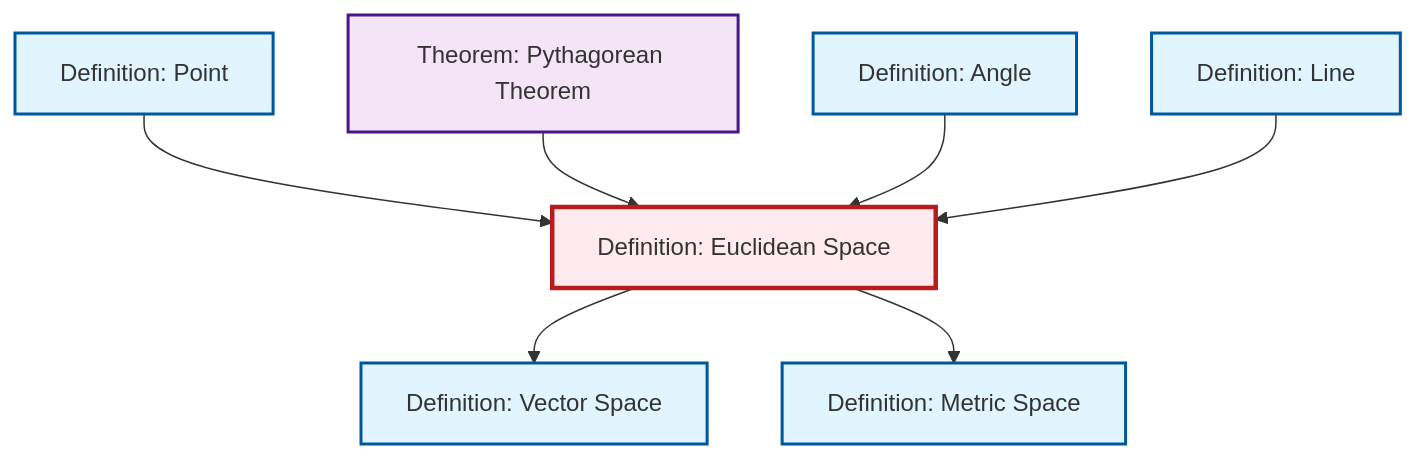
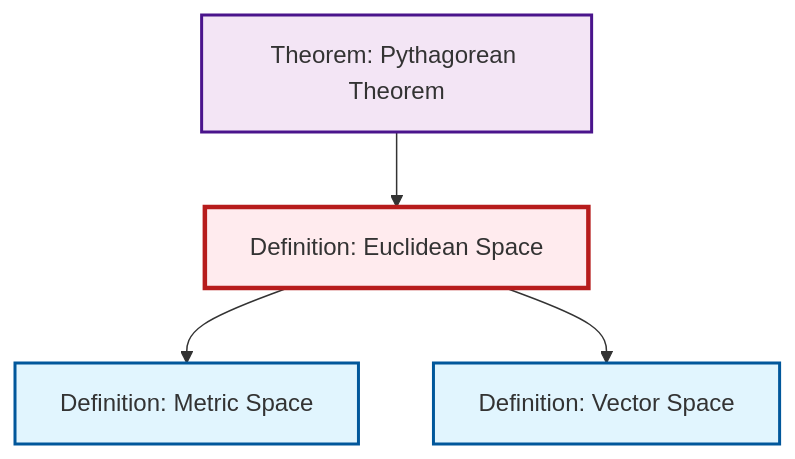
One commit to RK0429/ModernMath changed the second of 2 diagrams in content/en/geometry/def-euclidean-space.qmd. Above: the diagram before and after it, drawn with Mermaid. The commit also changed 511 other files, not shown here.

````diff
--- a/content/en/geometry/def-euclidean-space.qmd
+++ b/content/en/geometry/def-euclidean-space.qmd
@@ -67,30 +67,17 @@
 ```{mermaid}
 %%| fig-cap: "Local dependency graph"
 graph TD
     classDef definition fill:#e1f5fe,stroke:#01579b,stroke-width:2px
     classDef theorem fill:#f3e5f5,stroke:#4a148c,stroke-width:2px
     classDef axiom fill:#fff3e0,stroke:#e65100,stroke-width:2px
     classDef example fill:#e8f5e9,stroke:#1b5e20,stroke-width:2px
     classDef current fill:#ffebee,stroke:#b71c1c,stroke-width:3px
-    def-angle["Definition: Angle"]:::definition
     thm-pythagorean["Theorem: Pythagorean Theorem"]:::theorem
-    def-metric-space["Definition: Metric Space"]:::definition
     def-vector-space["Definition: Vector Space"]:::definition
     def-euclidean-space["Definition: Euclidean Space"]:::definition
-    def-point["Definition: Point"]:::definition
-    def-line["Definition: Line"]:::definition
+    def-metric-space["Definition: Metric Space"]:::definition
+    thm-pythagorean --> def-euclidean-space
+    def-euclidean-space --> def-metric-space
     def-euclidean-space --> def-vector-space
-    def-point --> def-euclidean-space
-    thm-pythagorean --> def-euclidean-space
-    def-angle --> def-euclidean-space
-    def-line --> def-euclidean-space
-    def-euclidean-space --> def-metric-space
     class def-euclidean-space current
-
-    click def-angle "def-angle.html" "Go to Angle definition"
-    click thm-pythagorean "thm-pythagorean.html" "Go to Pythagorean Theorem theorem"
-    click def-metric-space "def-metric-space.html" "Go to Metric Space definition"
-    click def-vector-space "def-vector-space.html" "Go to Vector Space definition"
-    click def-point "def-point.html" "Go to Point definition"
-    click def-line "def-line.html" "Go to Line definition"
 ```
````
